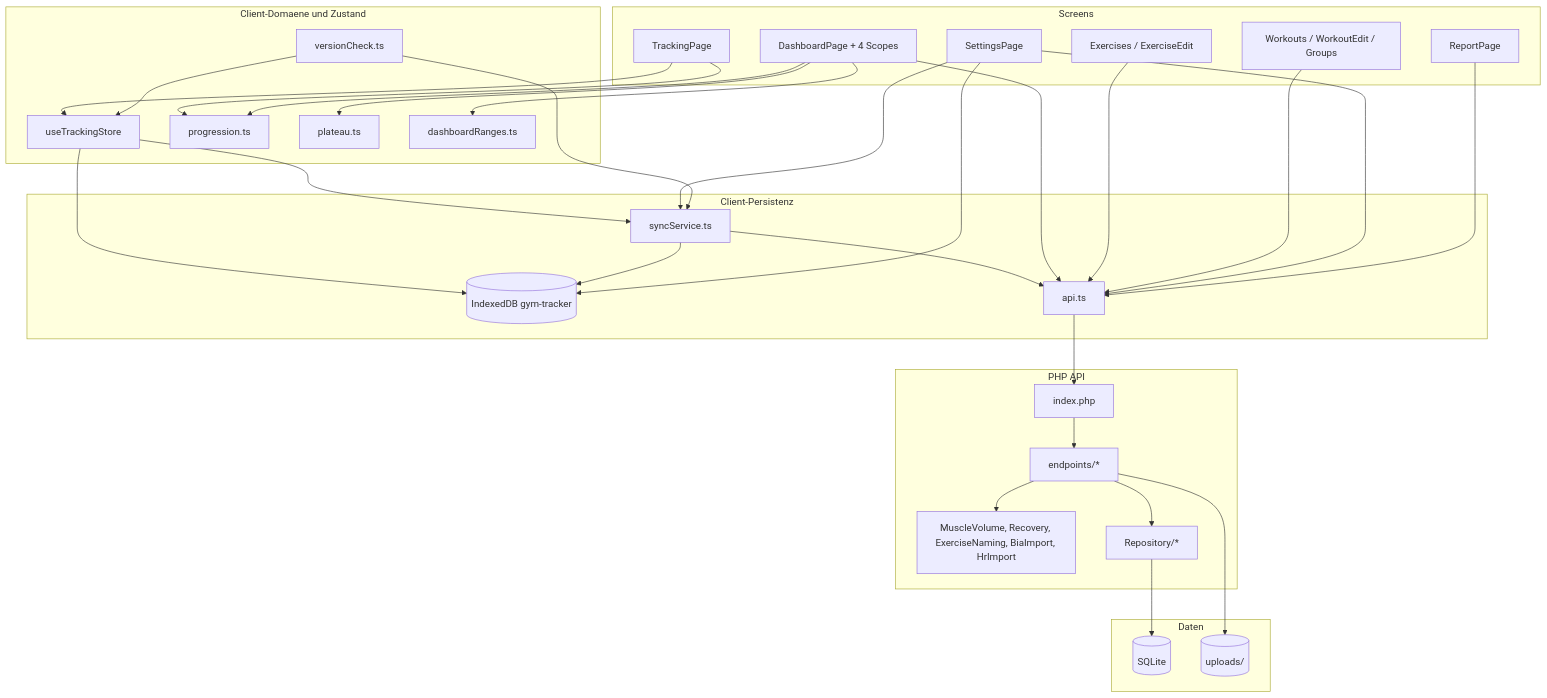
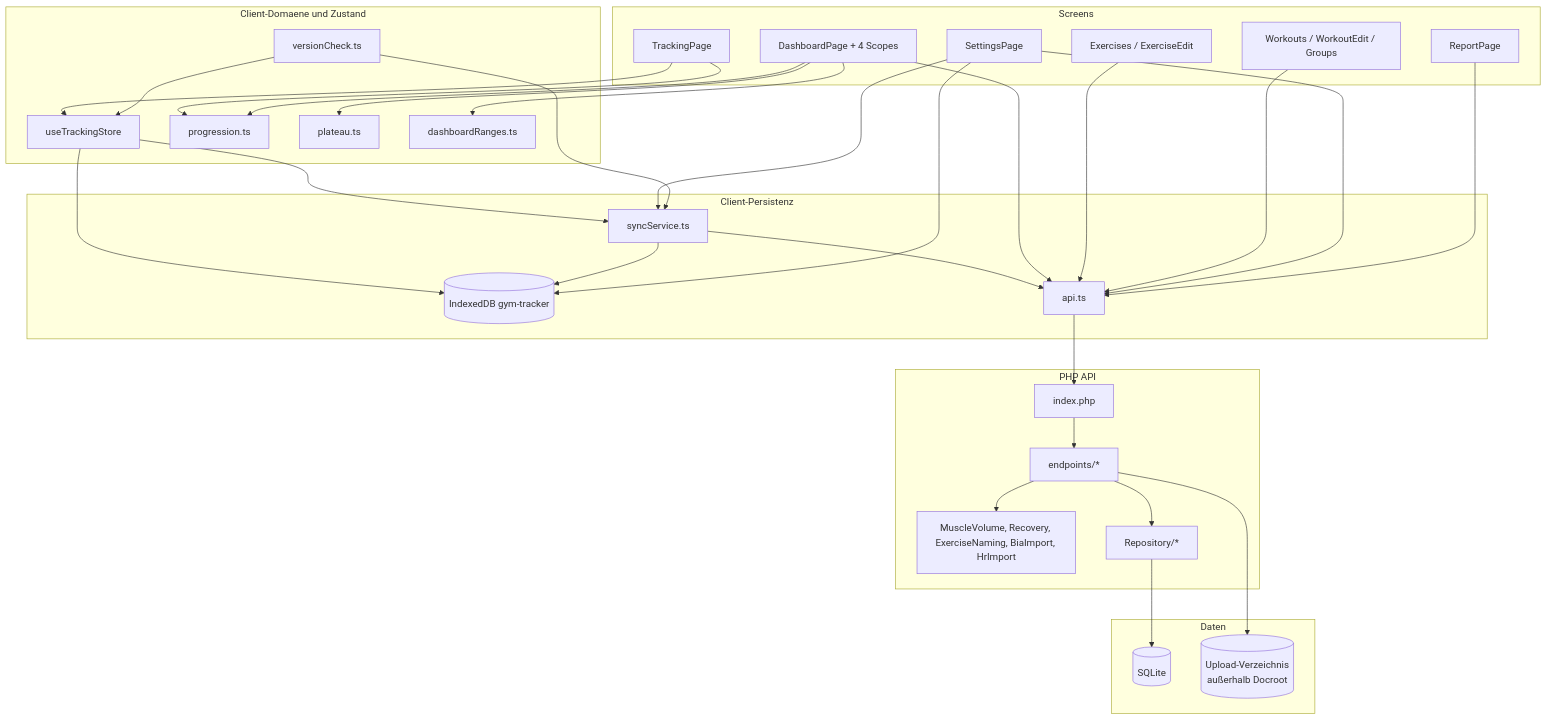
The diagram in docs/architecture/03-architecture.md (kaywiegand/gym-tracker-app), drawn with Mermaid before and after one commit. The commit also changed other lines of this file and 23 other files, not shown here.

First line of the commit message:
fix: private uploads outside the docroot, served through PHP with login (R-05)

````diff
--- a/docs/architecture/03-architecture.md
+++ b/docs/architecture/03-architecture.md
@@ -21,58 +21,58 @@
 ```mermaid
 flowchart TB
     subgraph Screens
         Tracking["TrackingPage"]
         Dash["DashboardPage + 4 Scopes"]
         Lib["Exercises / ExerciseEdit"]
         Plan["Workouts / WorkoutEdit / Groups"]
         Set["SettingsPage"]
         Rep["ReportPage"]
     end
     subgraph Client["Client-Domaene und Zustand"]
         Store["useTrackingStore"]
         Prog["progression.ts"]
         Plat["plateau.ts"]
         Ranges["dashboardRanges.ts"]
         Ver["versionCheck.ts"]
     end
     subgraph Persistenz["Client-Persistenz"]
         Local[("IndexedDB gym-tracker")]
         Sync["syncService.ts"]
         Http["api.ts"]
     end
     subgraph Backend["PHP API"]
         Router["index.php"]
         Hand["endpoints/*"]
         Dom["MuscleVolume, Recovery, ExerciseNaming, BiaImport, HrImport"]
         Repo["Repository/*"]
     end
     subgraph Daten
         Sql[("SQLite")]
-        Files[("uploads/")]
+        Files[("Upload-Verzeichnis<br/>außerhalb Docroot")]
     end
 
     Tracking --> Store
     Tracking --> Prog
     Store --> Local
     Store --> Sync
     Sync --> Local
     Sync --> Http
     Dash --> Ranges
     Dash --> Plat
     Dash --> Prog
     Dash --> Http
     Lib --> Http
     Plan --> Http
     Set --> Http
     Set --> Local
     Set --> Sync
     Rep --> Http
     Ver --> Sync
     Ver --> Store
     Http --> Router
     Router --> Hand
     Hand --> Dom
     Hand --> Repo
     Repo --> Sql
     Hand --> Files
 ```
````
